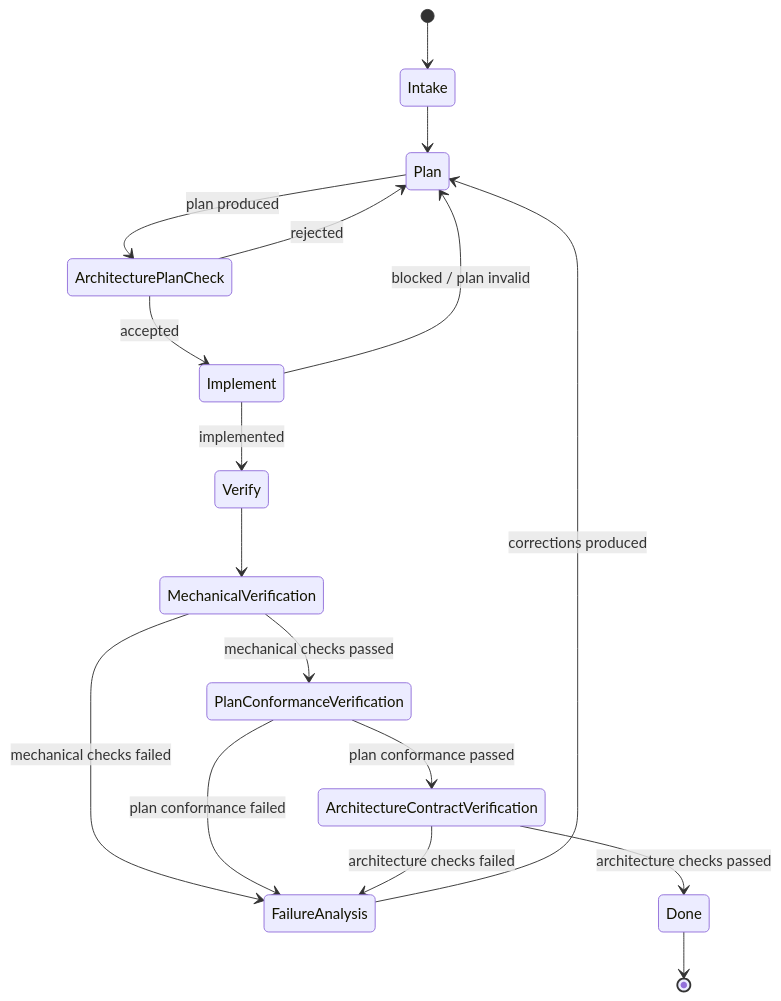
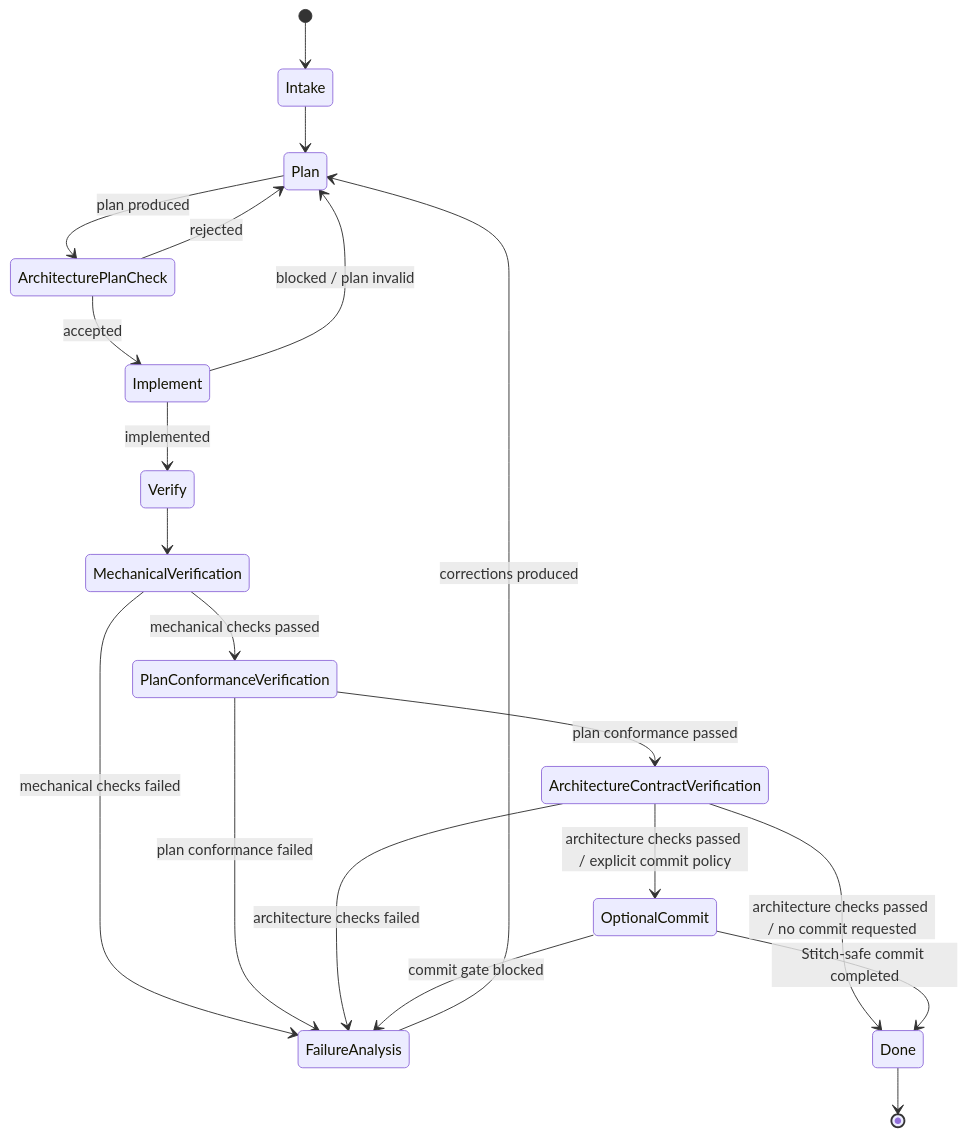
The diagram in docs/agent-workflow.md (matthis-k/phenix), drawn with Mermaid before and after one commit. The commit also changed other lines of this file and 9 other files, not shown here.

````diff
--- a/docs/agent-workflow.md
+++ b/docs/agent-workflow.md
@@ -5,26 +11,30 @@
 ```mermaid
 stateDiagram-v2
     [*] --> Intake
     Intake --> Plan
 
     Plan --> ArchitecturePlanCheck: plan produced
     ArchitecturePlanCheck --> Implement: accepted
     ArchitecturePlanCheck --> Plan: rejected
 
     Implement --> Verify: implemented
     Implement --> Plan: blocked / plan invalid
 
     Verify --> MechanicalVerification
     MechanicalVerification --> PlanConformanceVerification: mechanical checks passed
     MechanicalVerification --> FailureAnalysis: mechanical checks failed
 
     PlanConformanceVerification --> ArchitectureContractVerification: plan conformance passed
     PlanConformanceVerification --> FailureAnalysis: plan conformance failed
 
-    ArchitectureContractVerification --> Done: architecture checks passed
+    ArchitectureContractVerification --> Done: architecture checks passed / no commit requested
+    ArchitectureContractVerification --> OptionalCommit: architecture checks passed / explicit commit policy
     ArchitectureContractVerification --> FailureAnalysis: architecture checks failed
+
+    OptionalCommit --> Done: Stitch-safe commit completed
+    OptionalCommit --> FailureAnalysis: commit gate blocked
 
     FailureAnalysis --> Plan: corrections produced
 
     Done --> [*]
 ```
````
